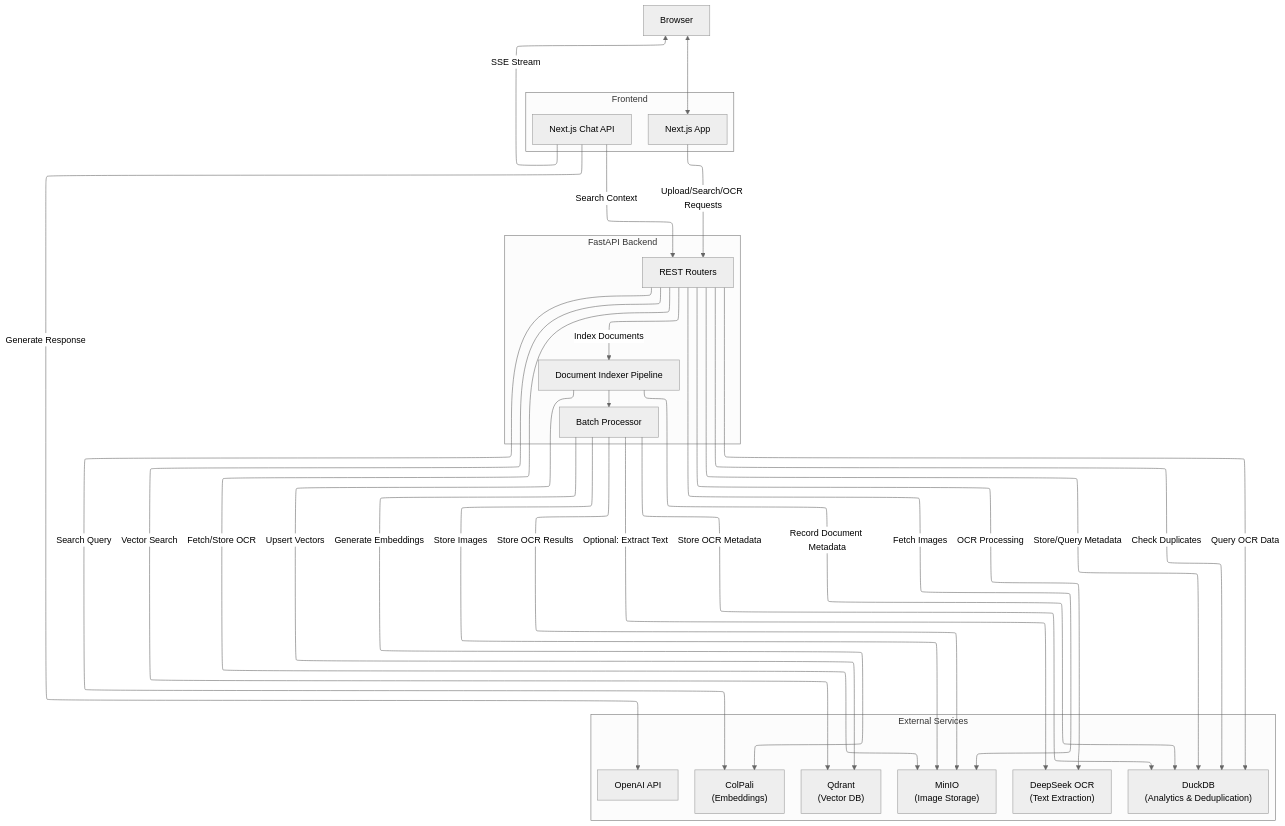
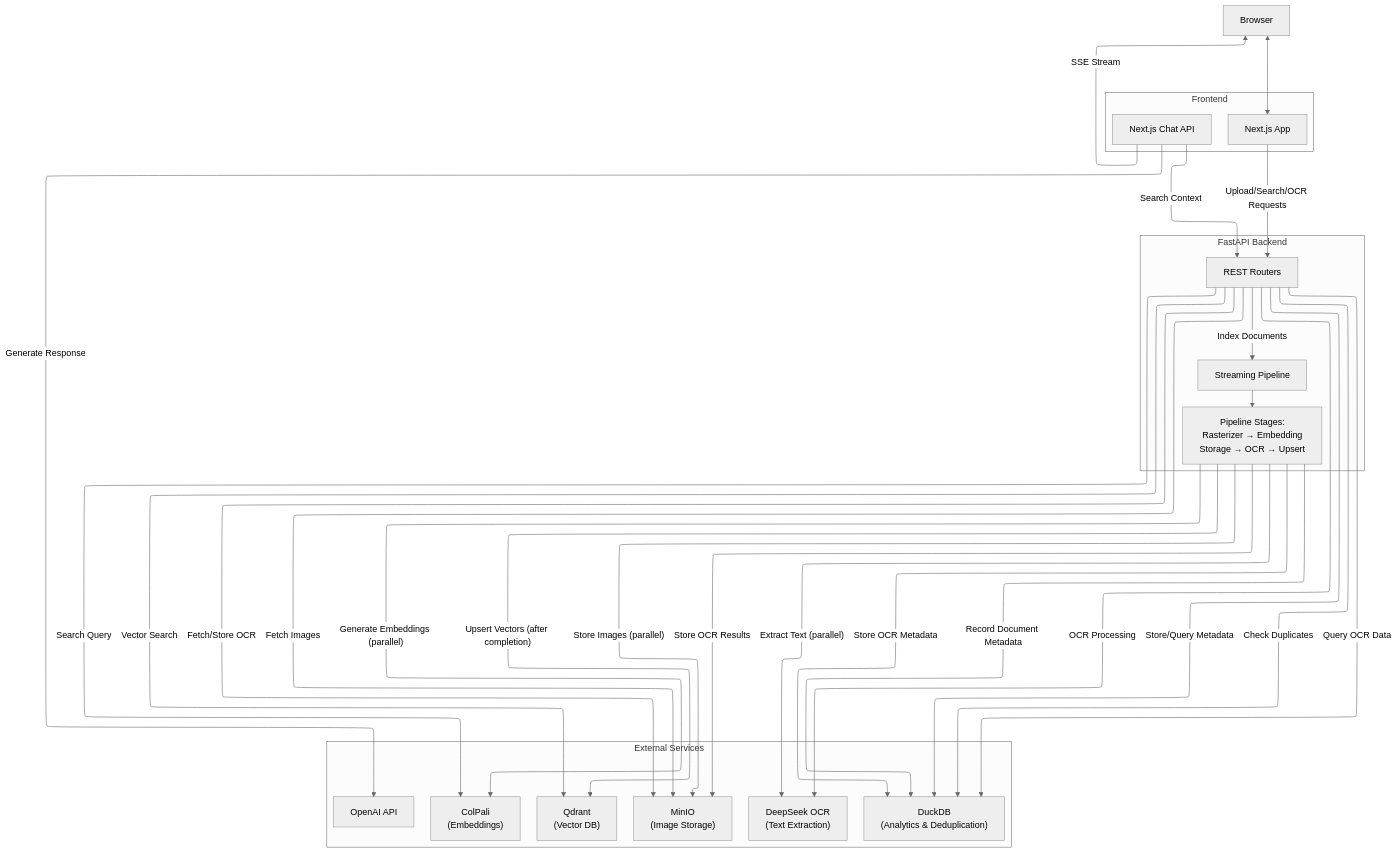
One commit to athrael-soju/Snappy changed the diagram in backend/docs/architecture.md. Above: the diagram before and after it, drawn with Mermaid. The commit also changed other lines of this file and 10 other files, not shown here.

First line of the commit message:
``` docs: update documentation to reflect streaming pipeline architecture

````diff
--- a/backend/docs/architecture.md
+++ b/backend/docs/architecture.md
@@ -5,58 +5,58 @@
 ```mermaid
 ---
 config:
   theme: neutral
   layout: elk
 ---
 flowchart TB
   subgraph Frontend["Frontend"]
     NEXT["Next.js App"]
     CHAT["Next.js Chat API"]
   end
 
   subgraph Backend["FastAPI Backend"]
     API["REST Routers"]
-    PIPELINE["Document Indexer Pipeline"]
-    BATCH["Batch Processor"]
+    PIPELINE["Streaming Pipeline"]
+    STAGES["Pipeline Stages:<br/>Rasterizer → Embedding<br/>Storage → OCR → Upsert"]
   end
 
   subgraph Services["External Services"]
     QDRANT["Qdrant<br/>(Vector DB)"]
     MINIO["MinIO<br/>(Image Storage)"]
     COLPALI["ColPali<br/>(Embeddings)"]
     DEEPSEEK["DeepSeek OCR<br/>(Text Extraction)"]
     DUCKDB["DuckDB<br/>(Analytics & Deduplication)"]
     OPENAI["OpenAI API"]
   end
 
   USER["Browser"] <--> NEXT
   NEXT -- "Upload/Search/OCR Requests" --> API
 
-  %% Indexing flow
+  %% Indexing flow (streaming pipeline with parallel stages)
   API -- "Check Duplicates" --> DUCKDB
   API -- "Index Documents" --> PIPELINE
-  PIPELINE --> BATCH
-  BATCH -- "Generate Embeddings" --> COLPALI
-  BATCH -- "Store Images" --> MINIO
-  BATCH -- "Optional: Extract Text" --> DEEPSEEK
-  BATCH -- "Store OCR Results" --> MINIO
-  BATCH -- "Store OCR Metadata" --> DUCKDB
-  PIPELINE -- "Upsert Vectors" --> QDRANT
-  PIPELINE -- "Record Document Metadata" --> DUCKDB
+  PIPELINE --> STAGES
+  STAGES -- "Generate Embeddings (parallel)" --> COLPALI
+  STAGES -- "Store Images (parallel)" --> MINIO
+  STAGES -- "Extract Text (parallel)" --> DEEPSEEK
+  STAGES -- "Store OCR Results" --> MINIO
+  STAGES -- "Store OCR Metadata" --> DUCKDB
+  STAGES -- "Upsert Vectors (after completion)" --> QDRANT
+  STAGES -- "Record Document Metadata" --> DUCKDB
 
   %% Search flow
   API -- "Search Query" --> COLPALI
   API -- "Vector Search" --> QDRANT
   API -- "Fetch Images" --> MINIO
   API -- "Query OCR Data" --> DUCKDB
 
   %% OCR flow
   API -- "OCR Processing" --> DEEPSEEK
   API -- "Fetch/Store OCR" --> MINIO
   API -- "Store/Query Metadata" --> DUCKDB
 
   %% Chat flow
   CHAT -- "Search Context" --> API
   CHAT -- "Generate Response" --> OPENAI
   CHAT -- "SSE Stream" --> USER
 ```
````
